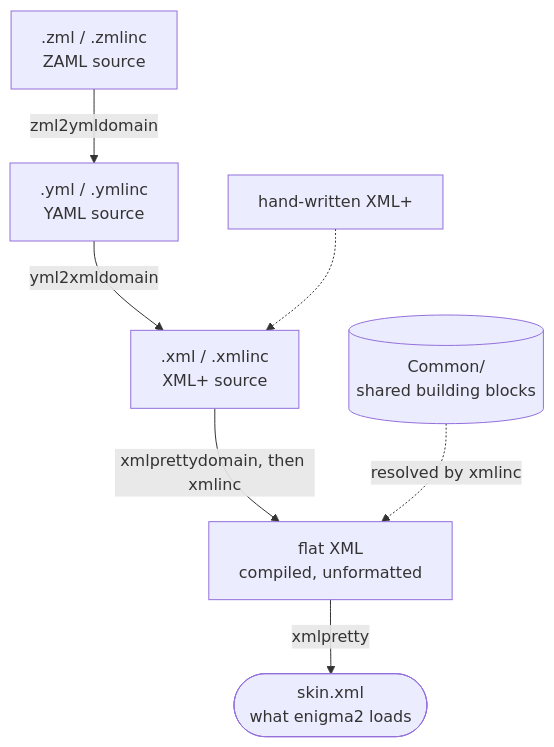
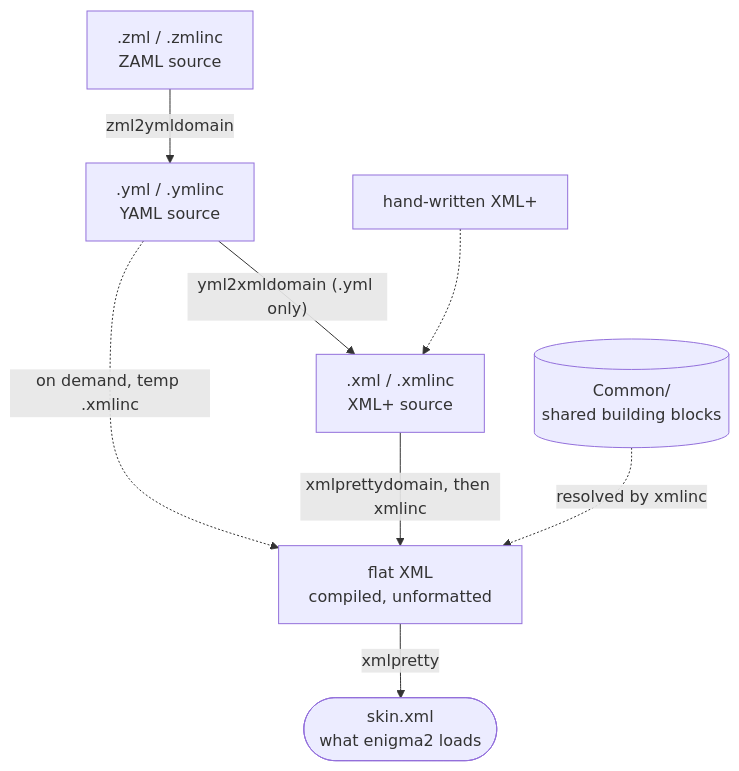
The diagram in README.md (OpenCockpit/SkinForge), drawn with Mermaid before and after one commit. The commit also changed other lines of this file and 4 other files, not shown here.

````diff
--- a/README.md
+++ b/README.md
@@ -19,9 +19,10 @@
 ```mermaid
 flowchart TD
     ZML[".zml / .zmlinc<br/>ZAML source"] -->|zml2ymldomain| YML
-    YML[".yml / .ymlinc<br/>YAML source"] -->|yml2xmldomain| XMLP
+    YML[".yml / .ymlinc<br/>YAML source"] -->|"yml2xmldomain (.yml only)"| XMLP
+    YML -.->|"on demand, temp .xmlinc"| FLAT
     HAND["hand-written XML+"] -.-> XMLP
     XMLP[".xml / .xmlinc<br/>XML+ source"] -->|"xmlprettydomain, then xmlinc"| FLAT
     COMMON[("Common/<br/>shared building blocks")] -.->|resolved by xmlinc| FLAT
     FLAT["flat XML<br/>compiled, unformatted"] -->|xmlpretty| FINAL(["skin.xml<br/>what enigma2 loads"])
 ```
````
